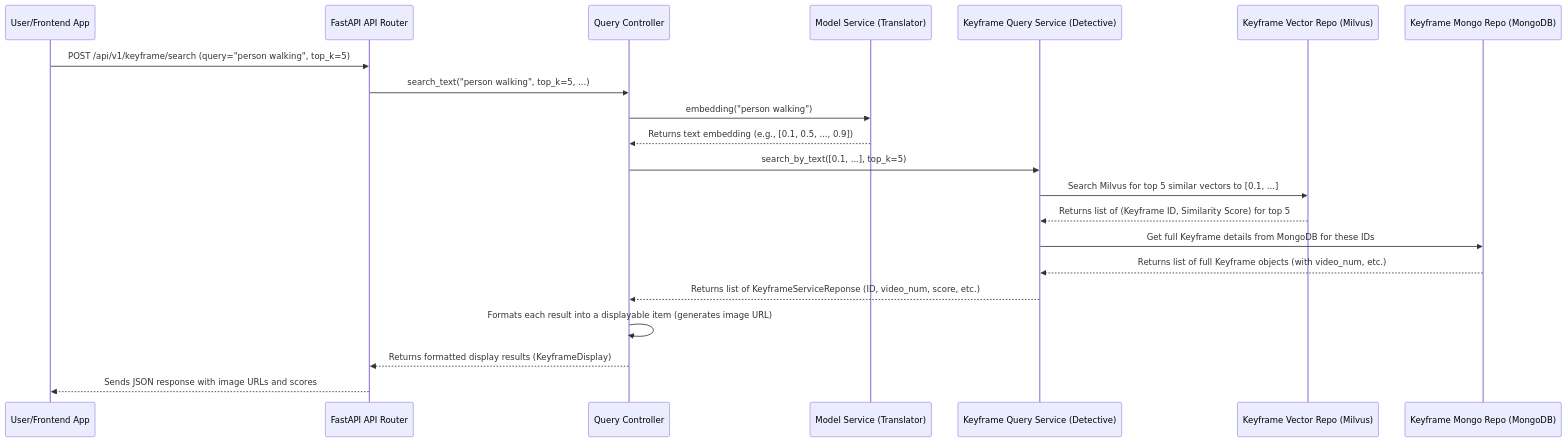
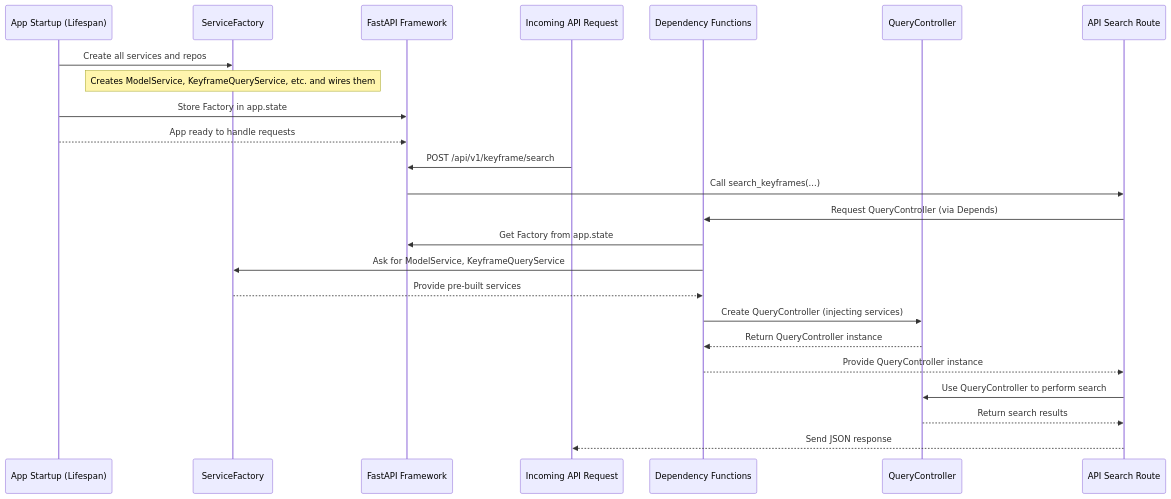
The diagram in Baseline documentations/HCMAI2025_Baseline/05_semantic_search_services_.md (ThanhDanh1510/Image-Retrieval-System-for-AIC2025), drawn with Mermaid before and after one commit. The commit also changed other lines of this file, not shown here.

First line of the commit message:
Revise Chapter 5 to focus on Service Factory & Dependency Management

````diff
--- a/Baseline documentations/HCMAI2025_Baseline/05_semantic_search_services_.md
+++ b/Baseline documentations/HCMAI2025_Baseline/05_semantic_search_services_.md
@@ -252,24 +45,28 @@
 ```mermaid
 sequenceDiagram
-    participant Client as User/Frontend App
-    participant API_Router as FastAPI API Router
-    participant QC as Query Controller
-    participant MS as Model Service (Translator)
-    participant KQS as Keyframe Query Service (Detective)
-    participant KVR as Keyframe Vector Repo (Milvus)
-    participant KMR as Keyframe Mongo Repo (MongoDB)
+    participant Startup as App Startup (Lifespan)
+    participant Factory as ServiceFactory
+    participant FastAPI as FastAPI Framework
+    participant IncomingRequest as Incoming API Request
+    participant DependencyFuncs as Dependency Functions
+    participant QueryController as QueryController
+    participant APIRoute as API Search Route
 
-    Client->>API_Router: POST /api/v1/keyframe/search (query="person walking", top_k=5)
-    API_Router->>QC: search_text("person walking", top_k=5, ...)
-    QC->>MS: embedding("person walking")
-    MS-->>QC: Returns text embedding (e.g., [0.1, 0.5, ..., 0.9])
-    QC->>KQS: search_by_text([0.1, ...], top_k=5)
-    KQS->>KVR: Search Milvus for top 5 similar vectors to [0.1, ...]
-    KVR-->>KQS: Returns list of (Keyframe ID, Similarity Score) for top 5
-    KQS->>KMR: Get full Keyframe details from MongoDB for these IDs
-    KMR-->>KQS: Returns list of full Keyframe objects (with video_num, etc.)
-    KQS-->>QC: Returns list of KeyframeServiceReponse (ID, video_num, score, etc.)
-    QC->>QC: Formats each result into a displayable item (generates image URL)
-    QC-->>API_Router: Returns formatted display results (KeyframeDisplay)
-    API_Router-->>Client: Sends JSON response with image URLs and scores
+    Startup->>Factory: Create all services and repos
+    Note over Factory: Creates ModelService, KeyframeQueryService, etc. and wires them
+    Startup->>FastAPI: Store Factory in app.state
+    Startup-->>FastAPI: App ready to handle requests
+
+    IncomingRequest->>FastAPI: POST /api/v1/keyframe/search
+    FastAPI->>APIRoute: Call search_keyframes(...)
+    APIRoute->>DependencyFuncs: Request QueryController (via Depends)
+    DependencyFuncs->>FastAPI: Get Factory from app.state
+    DependencyFuncs->>Factory: Ask for ModelService, KeyframeQueryService
+    Factory-->>DependencyFuncs: Provide pre-built services
+    DependencyFuncs->>QueryController: Create QueryController (injecting services)
+    QueryController-->>DependencyFuncs: Return QueryController instance
+    DependencyFuncs-->>APIRoute: Provide QueryController instance
+    APIRoute->>QueryController: Use QueryController to perform search
+    QueryController-->>APIRoute: Return search results
+    APIRoute-->>IncomingRequest: Send JSON response
 ```
````
